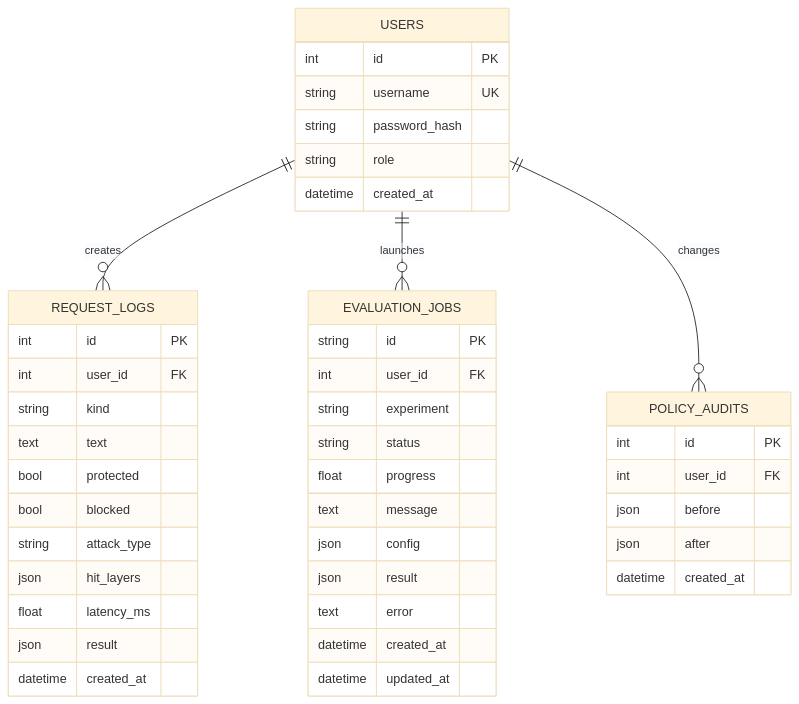
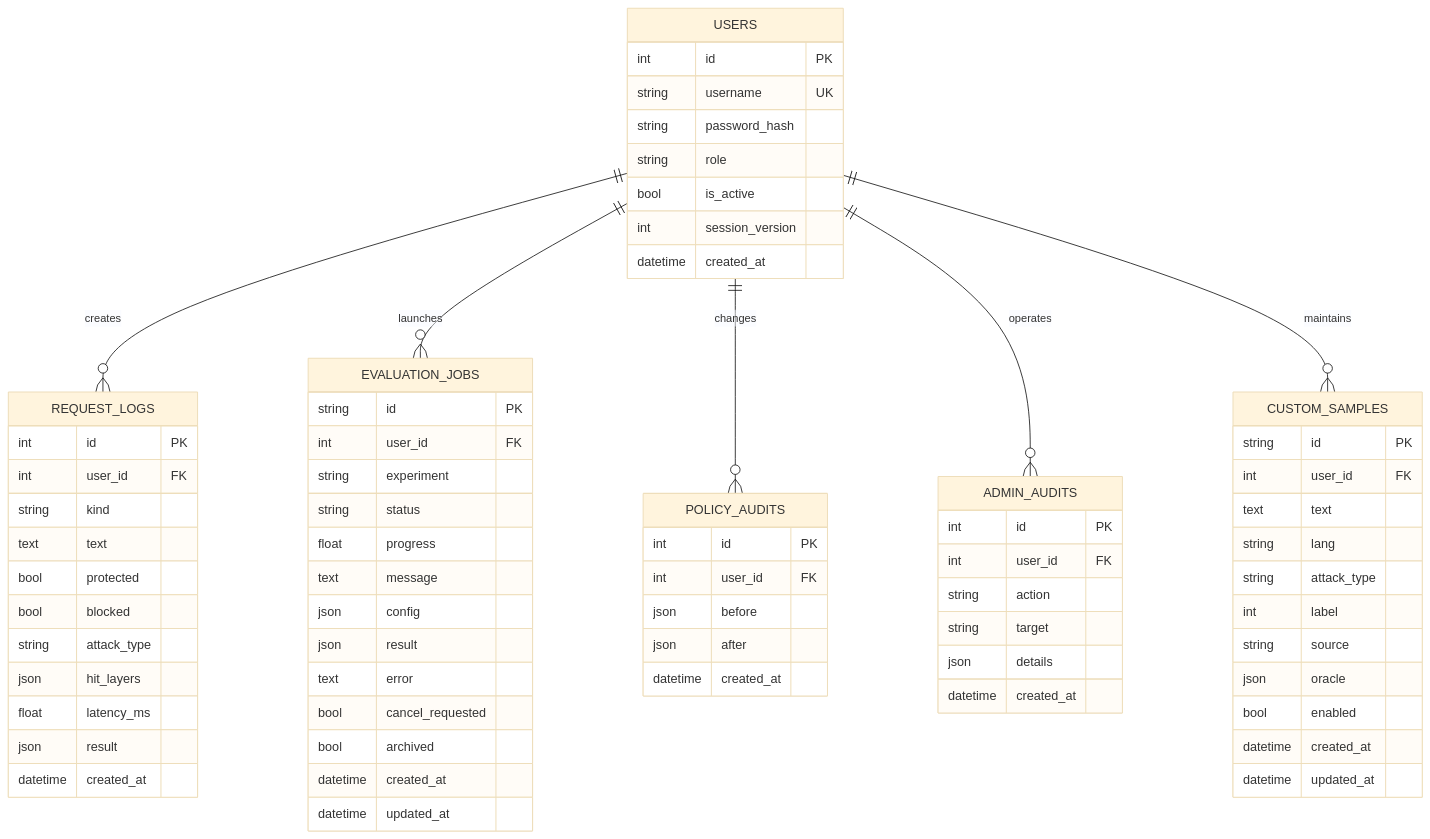
One commit to Tianle566/prompt-sentinel changed the diagram in docs/database-er.mmd. Above: the diagram before and after it, drawn with Mermaid (base theme). The commit also changed 98 other files, not shown here.

```diff
--- a/docs/database-er.mmd
+++ b/docs/database-er.mmd
@@ -1,44 +1,71 @@
 erDiagram
     USERS ||--o{ REQUEST_LOGS : creates
     USERS ||--o{ EVALUATION_JOBS : launches
     USERS ||--o{ POLICY_AUDITS : changes
+    USERS ||--o{ ADMIN_AUDITS : operates
+    USERS ||--o{ CUSTOM_SAMPLES : maintains
     USERS {
         int id PK
         string username UK
         string password_hash
         string role
+        bool is_active
+        int session_version
         datetime created_at
     }
     REQUEST_LOGS {
         int id PK
         int user_id FK
         string kind
         text text
         bool protected
         bool blocked
         string attack_type
         json hit_layers
         float latency_ms
         json result
         datetime created_at
     }
     EVALUATION_JOBS {
         string id PK
         int user_id FK
         string experiment
         string status
         float progress
         text message
         json config
         json result
         text error
+        bool cancel_requested
+        bool archived
         datetime created_at
         datetime updated_at
     }
     POLICY_AUDITS {
         int id PK
         int user_id FK
         json before
         json after
         datetime created_at
     }
+    ADMIN_AUDITS {
+        int id PK
+        int user_id FK
+        string action
+        string target
+        json details
+        datetime created_at
+    }
+    CUSTOM_SAMPLES {
+        string id PK
+        int user_id FK
+        text text
+        string lang
+        string attack_type
+        int label
+        string source
+        json oracle
+        bool enabled
+        datetime created_at
+        datetime updated_at
+    }
```
